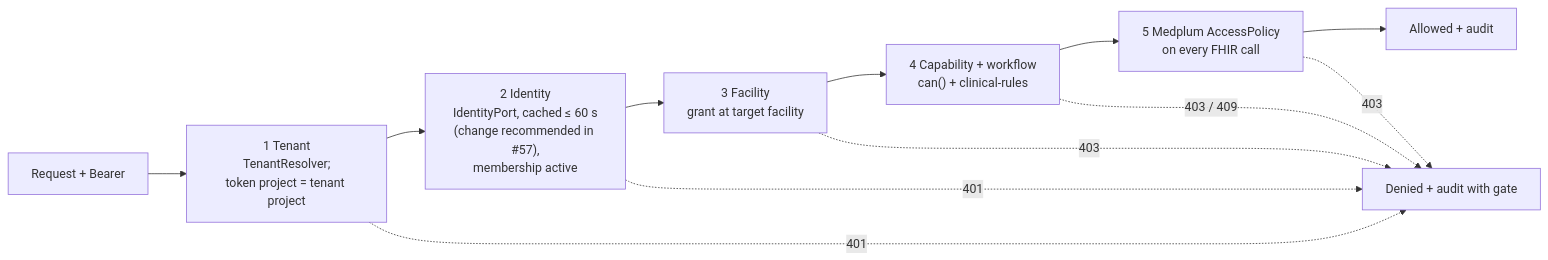
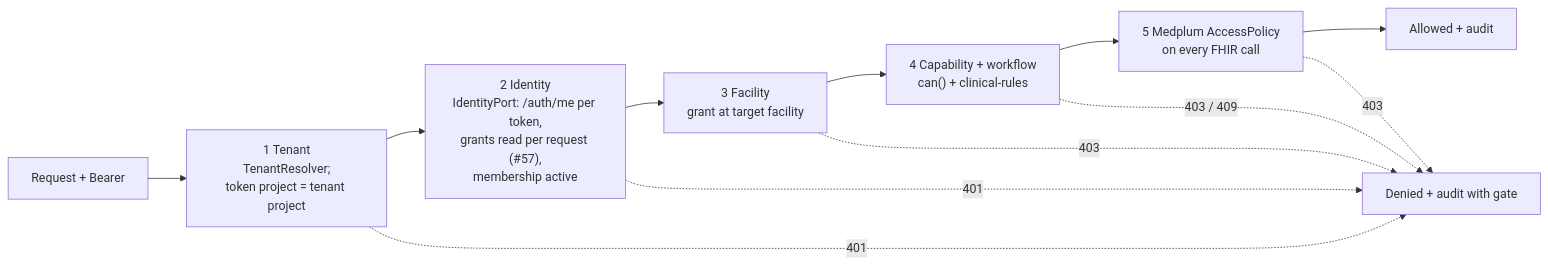
Before and after one commit to imRahul05/ASC-EHR: the first of 2 diagrams in docs/plan/phases/P05-auth-roles.md, drawn with Mermaid. The commit also changed other lines of this file, not shown here.

````diff
--- a/docs/plan/phases/P05-auth-roles.md
+++ b/docs/plan/phases/P05-auth-roles.md
@@ -38,14 +38,14 @@
 ```mermaid
 flowchart LR
     R["Request + Bearer"] --> G1["1 Tenant<br/>TenantResolver;<br/>token project = tenant project"]
-    G1 --> G2["2 Identity<br/>IdentityPort, cached ≤ 60 s<br/>(change recommended in #57),<br/>membership active"]
+    G1 --> G2["2 Identity<br/>IdentityPort: /auth/me per token,<br/>grants read per request (#57),<br/>membership active"]
     G2 --> G3["3 Facility<br/>grant at target facility"]
     G3 --> G4["4 Capability + workflow<br/>can() + clinical-rules"]
     G4 --> G5["5 Medplum AccessPolicy<br/>on every FHIR call"]
     G5 --> OK["Allowed + audit"]
     G1 -.->|401| D["Denied + audit with gate"]
     G2 -.->|401| D
     G3 -.->|403| D
     G4 -.->|"403 / 409"| D
     G5 -.->|403| D
 ```
````
